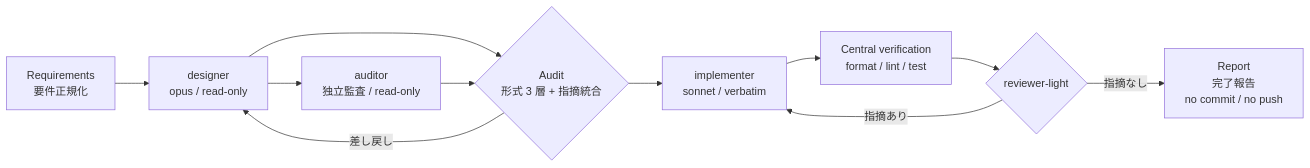
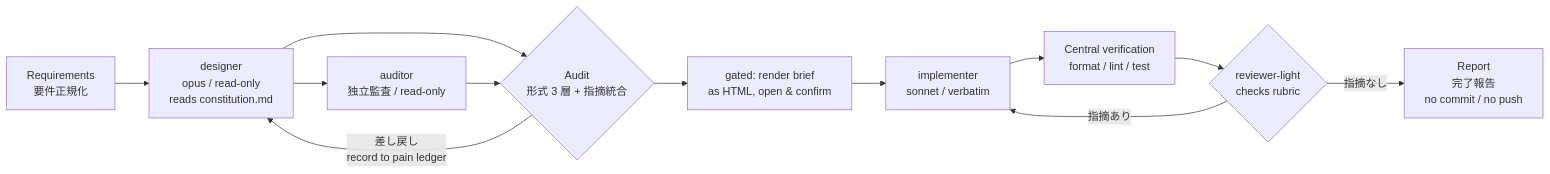
The diagram in README.md (kaionn/draftsmith), drawn with Mermaid before and after one commit. The commit also changed other lines of this file and 8 other files, not shown here.

````diff
--- a/README.md
+++ b/README.md
@@ -7,13 +7,14 @@
 ```mermaid
 flowchart LR
-    R[Requirements<br/>要件正規化] --> D[designer<br/>opus / read-only]
+    R[Requirements<br/>要件正規化] --> D[designer<br/>opus / read-only<br/>reads constitution.md]
     D --> AU[auditor<br/>独立監査 / read-only]
     D --> A{Audit<br/>形式 3 層 + 指摘統合}
     AU --> A
-    A -- 差し戻し --> D
-    A --> I[implementer<br/>sonnet / verbatim]
+    A -- 差し戻し<br/>record to pain ledger --> D
+    A --> G[gated: render brief<br/>as HTML, open & confirm]
+    G --> I[implementer<br/>sonnet / verbatim]
     I --> V[Central verification<br/>format / lint / test]
-    V --> L{reviewer-light}
+    V --> L{reviewer-light<br/>checks rubric}
     L -- 指摘あり --> I
     L -- 指摘なし --> F[Report<br/>完了報告<br/>no commit / no push]
 ```
````
